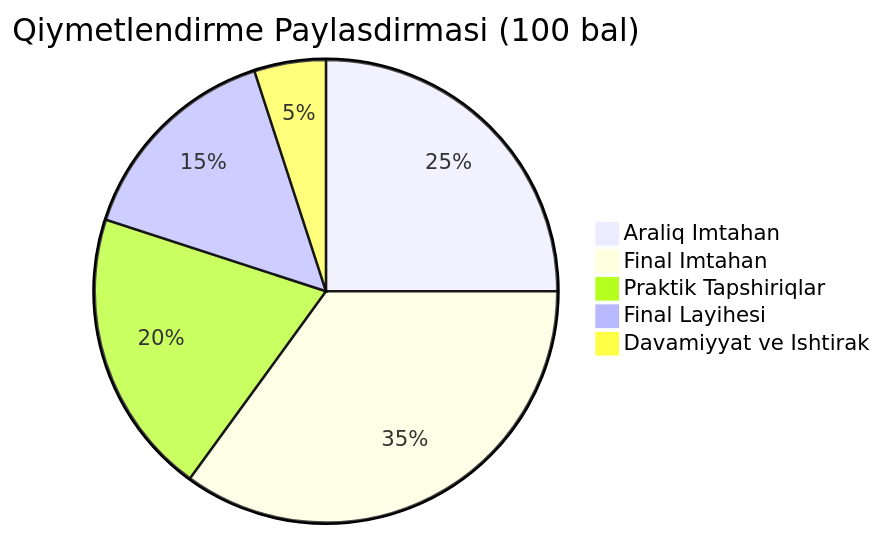
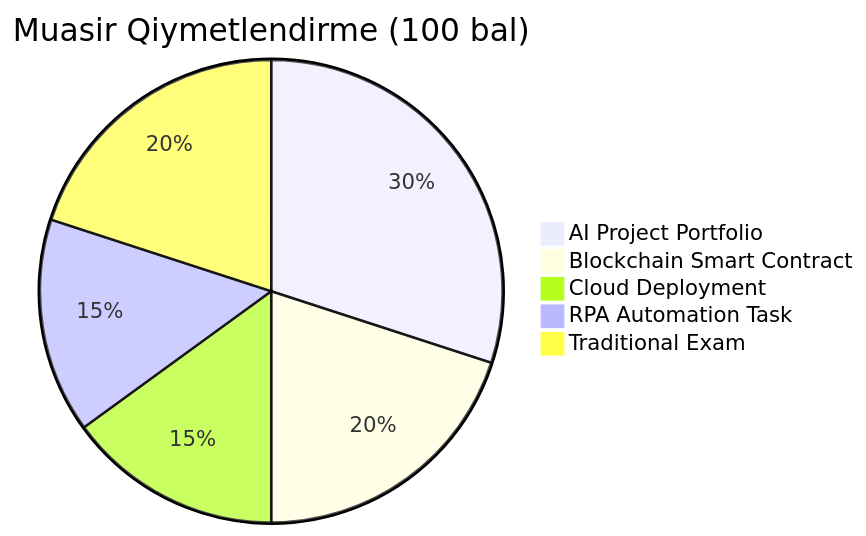
Before and after one commit to nes10r/D-A-e-m-hasibatl-q-f-nni: the fourth of 4 diagrams in README.md, drawn with Mermaid. The commit also changed other lines of this file, not shown here.

Commit message:
MUASIR TEXNOLOGIYALAR: AI, Blockchain, IoT, RPA ve Cloud Computing - Gelecek hazir fenn proqrami

````diff
--- a/README.md
+++ b/README.md
@@ -227,8 +312,8 @@
 ```mermaid
-pie title Qiymetlendirme Paylasdirmasi (100 bal)
-    "Araliq Imtahan" : 25
-    "Final Imtahan" : 35
-    "Praktik Tapshiriqlar" : 20
-    "Final Layihesi" : 15
-    "Davamiyyat ve Ishtirak" : 5
+pie title Muasir Qiymetlendirme (100 bal)
+    "AI Project Portfolio" : 30
+    "Blockchain Smart Contract" : 20
+    "Cloud Deployment" : 15
+    "RPA Automation Task" : 15
+    "Traditional Exam" : 20
 ```
````
